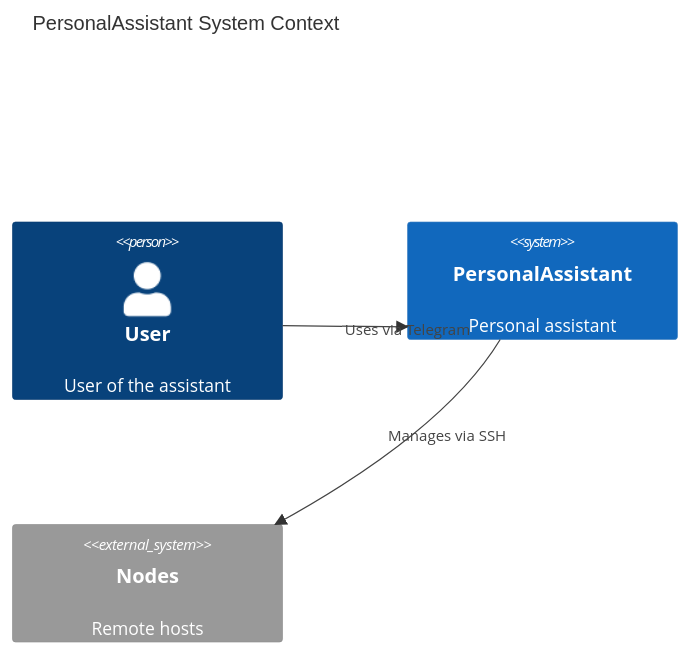
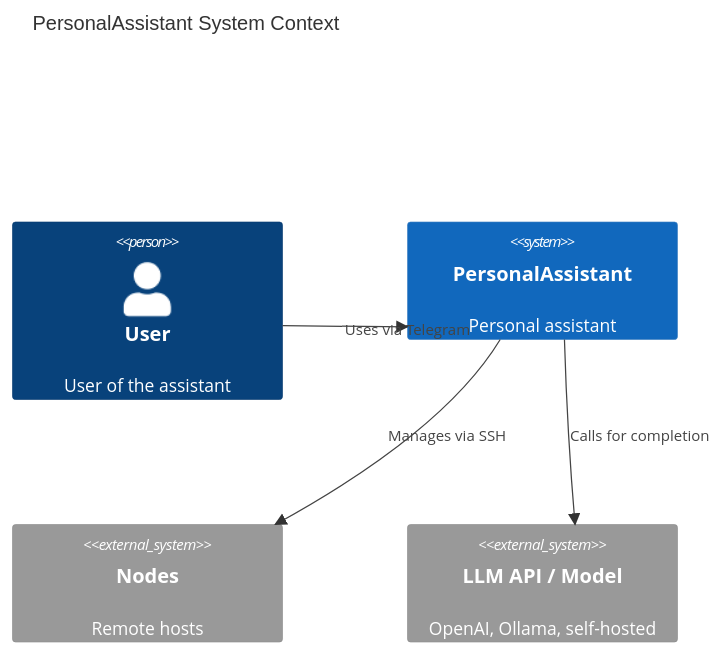
Before and after one commit to asubbot/personal-assistant: the first of 2 diagrams in REQUIREMENTS.md, drawn with Mermaid. The commit also changed other lines of this file and 1 other file, not shown here.

````diff
--- a/REQUIREMENTS.md
+++ b/REQUIREMENTS.md
@@ -65,11 +65,13 @@
 ```mermaid
 C4Context
     title PersonalAssistant System Context
 
     Person(user, "User", "User of the assistant")
     System(pa, "PersonalAssistant", "Personal assistant")
     System_Ext(nodes, "Nodes", "Remote hosts")
+    System_Ext(llm_ext, "LLM API / Model", "OpenAI, Ollama, self-hosted")
 
     Rel(user, pa, "Uses via Telegram")
     Rel(pa, nodes, "Manages via SSH")
+    Rel(pa, llm_ext, "Calls for completion")
 ```
````
